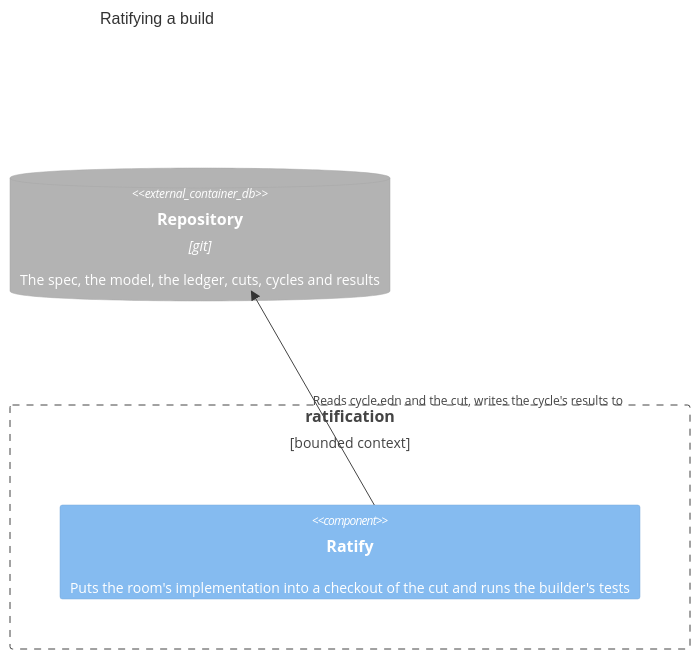
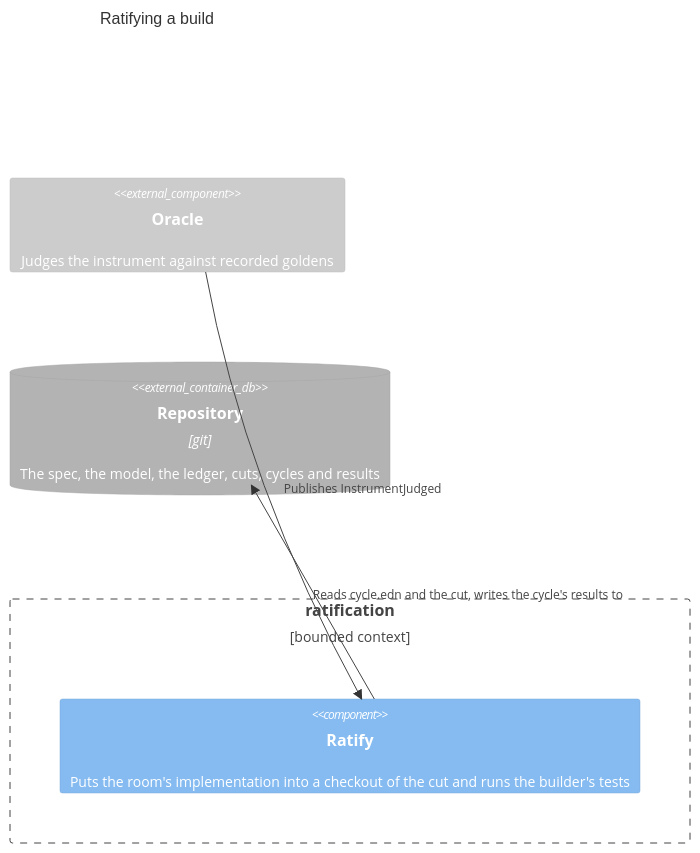
One commit to scope-impact/rdm changed the diagram in dhf/views/ratification-components.mmd. Above: the diagram before and after it, drawn with Mermaid. The commit also changed 35 other files, not shown here.

First line of the commit message:
Spec: fold in cycle 03's findings, and an oracle for the instrument

```diff
--- a/dhf/views/ratification-components.mmd
+++ b/dhf/views/ratification-components.mmd
@@ -1,8 +1,10 @@
-%% model-sha256: abbd7c9b92ad830ff7a73fdcfff61a8bc13a50ad9d5bac74a6ede5caa576362d; generated by rdm-spec views from dhf/spec/model.edn, view "ratification-components"; do not edit
+%% model-sha256: 72960679dc7ab913ec75ac414549beb8671e2c6d3a3bebab733f41ff58925c8d; generated by rdm-spec views from dhf/spec/model.edn, view "ratification-components"; do not edit
 C4Component
 title Ratifying a build
 Boundary(boundary__ratification, "ratification", "bounded context") {
   Component(ratification__ratify, "Ratify", "", "Puts the room's implementation into a checkout of the cut and runs the builder's tests")
 }
+Component_Ext(measurement__oracle, "Oracle", "", "Judges the instrument against recorded goldens")
 ContainerDb_Ext(repository, "Repository", "git", "The spec, the model, the ledger, cuts, cycles and results")
 Rel(ratification__ratify, repository, "Reads cycle.edn and the cut, writes the cycle's results to")
+Rel(measurement__oracle, ratification__ratify, "Publishes InstrumentJudged")
```
